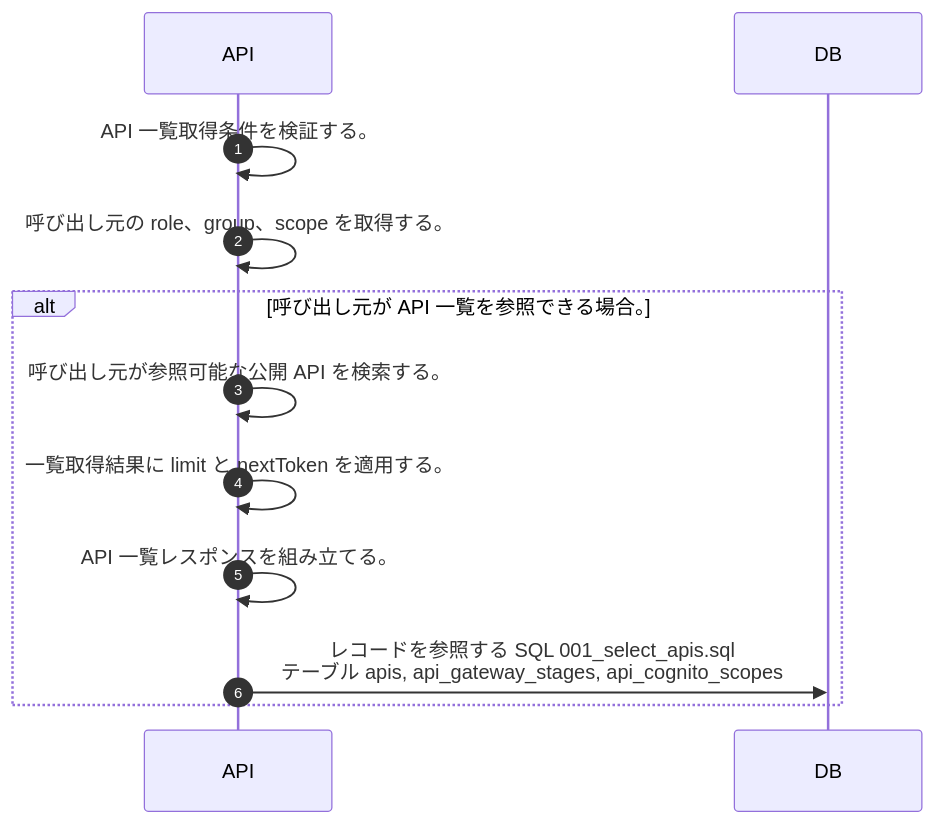
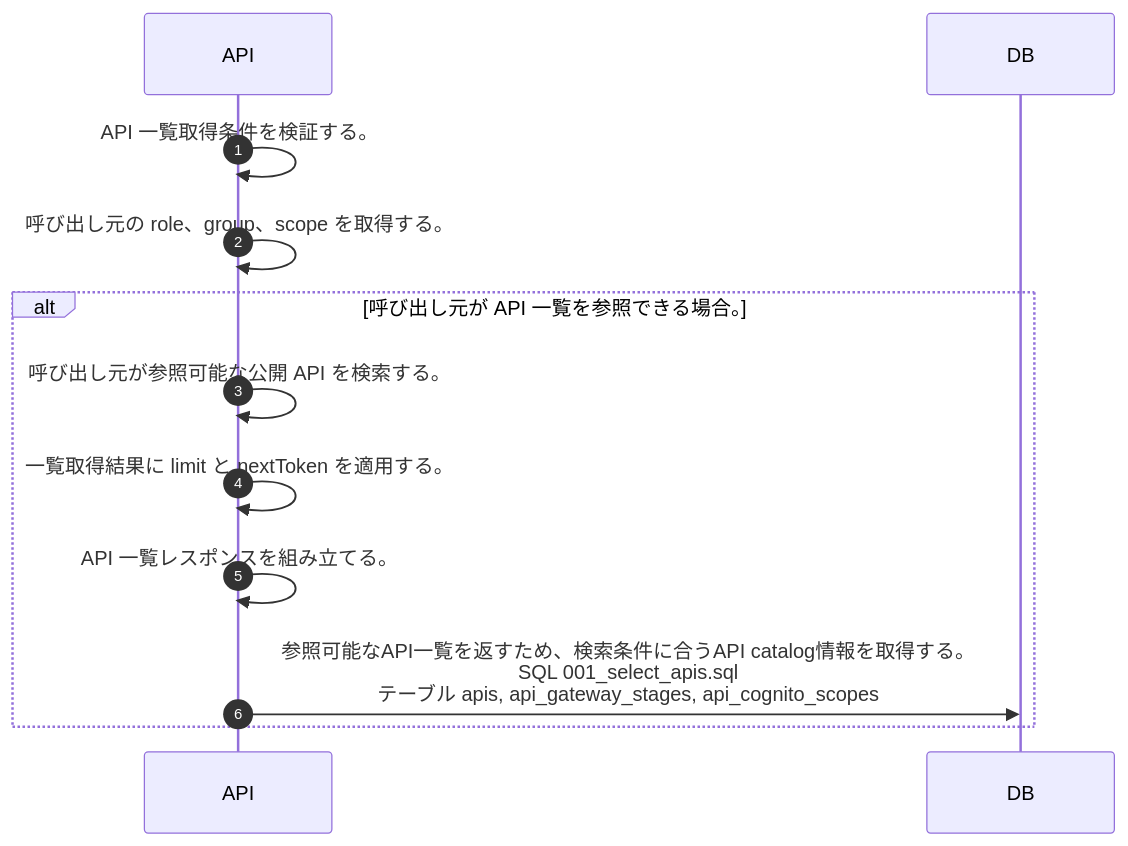
One commit to tsuji-tomonori/lazunex changed the diagram in docs/spec/40.apis/apis/list_apis/sequence_gen.md. Above: the diagram before and after it, drawn with Mermaid. The commit also changed 117 other files, not shown here.

Commit message:
📝 docs(api): SQL意図をシーケンスへ伝播

````diff
--- a/docs/spec/40.apis/apis/list_apis/sequence_gen.md
+++ b/docs/spec/40.apis/apis/list_apis/sequence_gen.md
@@ -5,14 +5,14 @@
 ```mermaid
 sequenceDiagram
   autonumber
   participant API as API
   participant DB as DB
   API->>API: API 一覧取得条件を検証する。
   API->>API: 呼び出し元の role、group、scope を取得する。
   alt 呼び出し元が API 一覧を参照できる場合。
     API->>API: 呼び出し元が参照可能な公開 API を検索する。
     API->>API: 一覧取得結果に limit と nextToken を適用する。
     API->>API: API 一覧レスポンスを組み立てる。
-    API->>DB: レコードを参照する SQL 001_select_apis.sql<br/>テーブル apis, api_gateway_stages, api_cognito_scopes
+    API->>DB: 参照可能なAPI一覧を返すため、検索条件に合うAPI catalog情報を取得する。<br/>SQL 001_select_apis.sql<br/>テーブル apis, api_gateway_stages, api_cognito_scopes
   end
 ```
````
